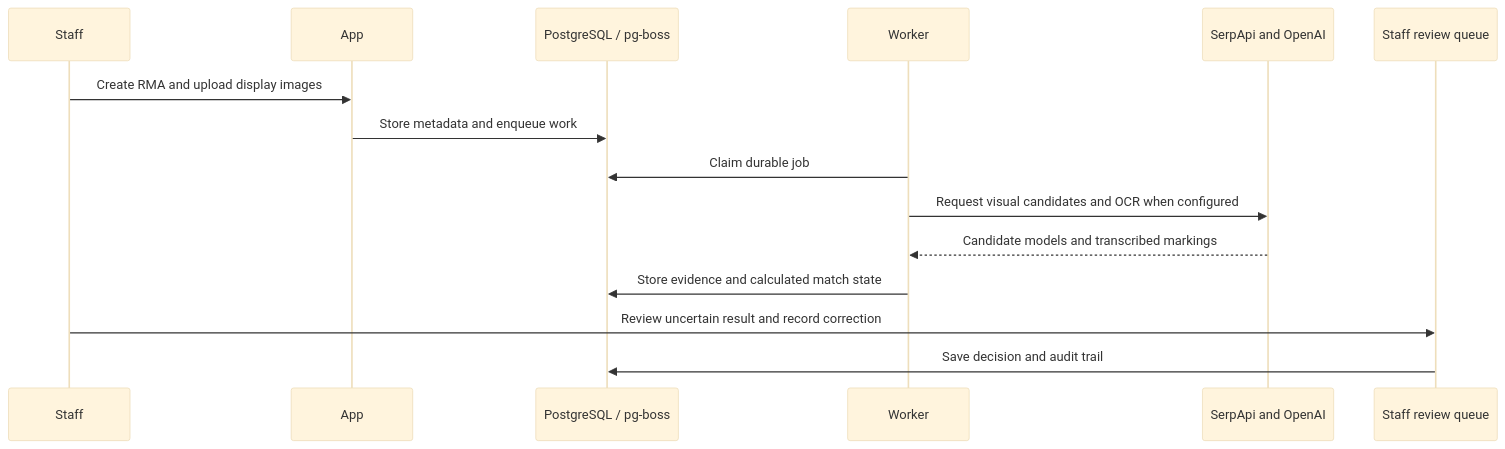
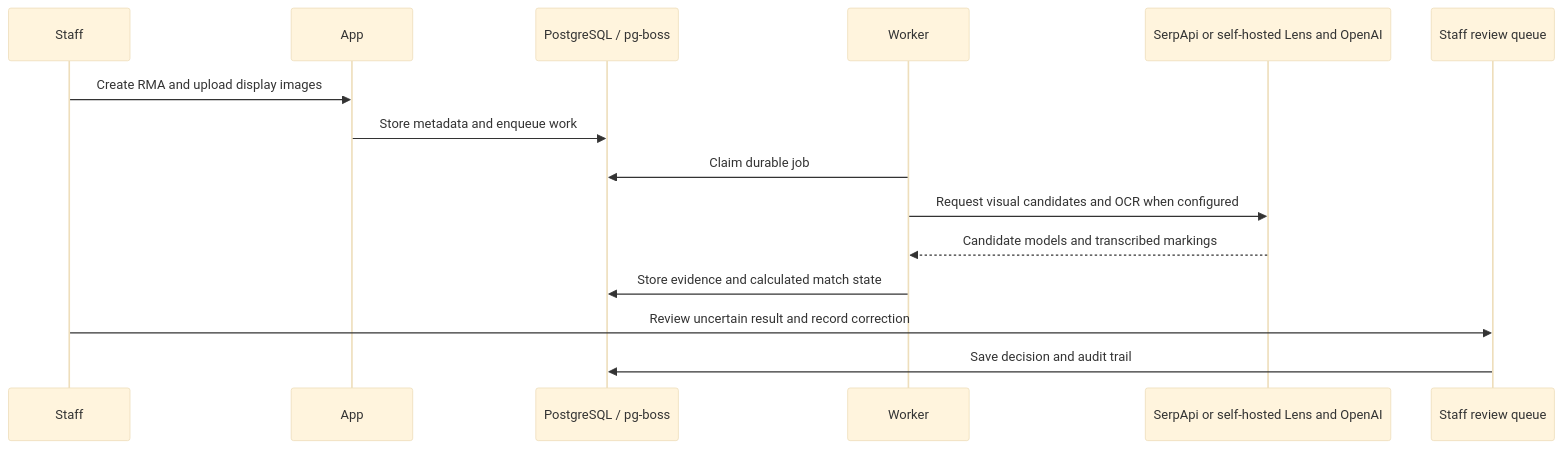
One commit to arslanbasharat-o-o/RMA-System changed the diagram in ARCHITECTURE.md. Above: the diagram before and after it, drawn with Mermaid (base theme). The commit also changed other lines of this file and 113 other files, not shown here.

````diff
--- a/ARCHITECTURE.md
+++ b/ARCHITECTURE.md
@@ -14,17 +14,17 @@
 ```mermaid
 sequenceDiagram
   participant Staff
   participant App
   participant DB as PostgreSQL / pg-boss
   participant Worker
-  participant Providers as SerpApi and OpenAI
+  participant Providers as SerpApi or self-hosted Lens and OpenAI
   participant Review as Staff review queue
   Staff->>App: Create RMA and upload display images
   App->>DB: Store metadata and enqueue work
   Worker->>DB: Claim durable job
   Worker->>Providers: Request visual candidates and OCR when configured
   Providers-->>Worker: Candidate models and transcribed markings
   Worker->>DB: Store evidence and calculated match state
   Staff->>Review: Review uncertain result and record correction
   Review->>DB: Save decision and audit trail
 ```
````
